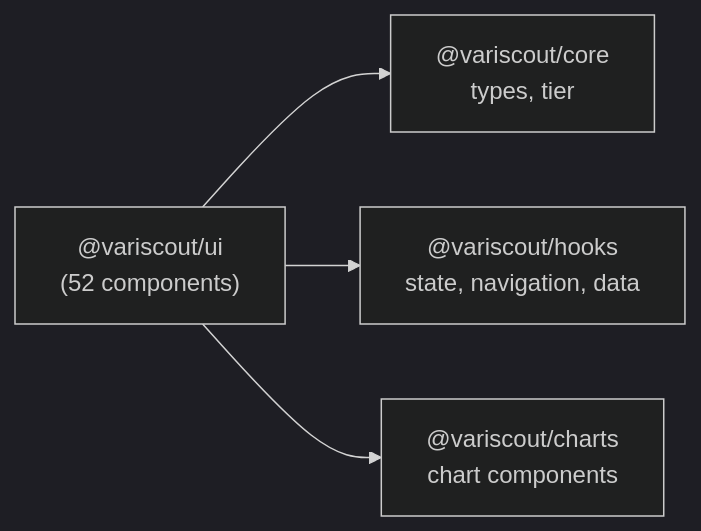
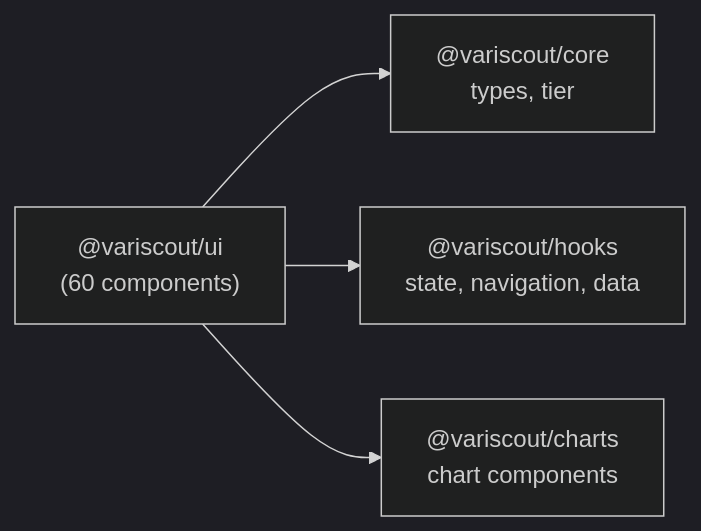
One commit to jukka-matti/variscout changed the sixth of 8 diagrams in docs/05-technical/architecture/component-map.md. Above: the diagram before and after it, drawn with Mermaid (dark theme). The commit also changed other lines of this file and 23 other files, not shown here.

First line of the commit message:
chore: remove dormant LikeC4 pipeline, update stale diagrams, add health check

````diff
--- a/docs/05-technical/architecture/component-map.md
+++ b/docs/05-technical/architecture/component-map.md
@@ -293,11 +299,11 @@
 ```mermaid
 flowchart LR
-    ui["@variscout/ui<br/>(52 components)"]
+    ui["@variscout/ui<br/>(60 components)"]
     core["@variscout/core<br/>types, tier"]
     hooks["@variscout/hooks<br/>state, navigation, data"]
     charts["@variscout/charts<br/>chart components"]
 
     ui --> core
     ui --> hooks
     ui --> charts
 ```
````
